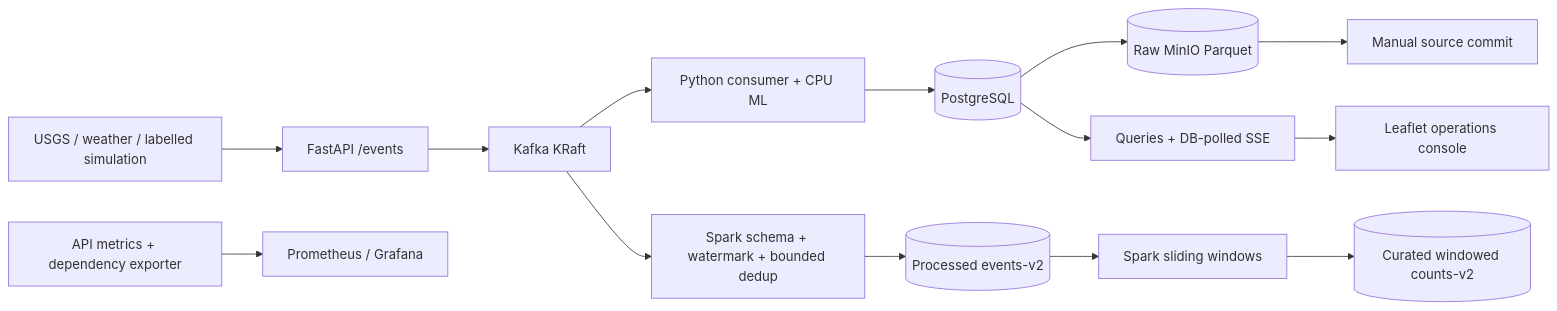
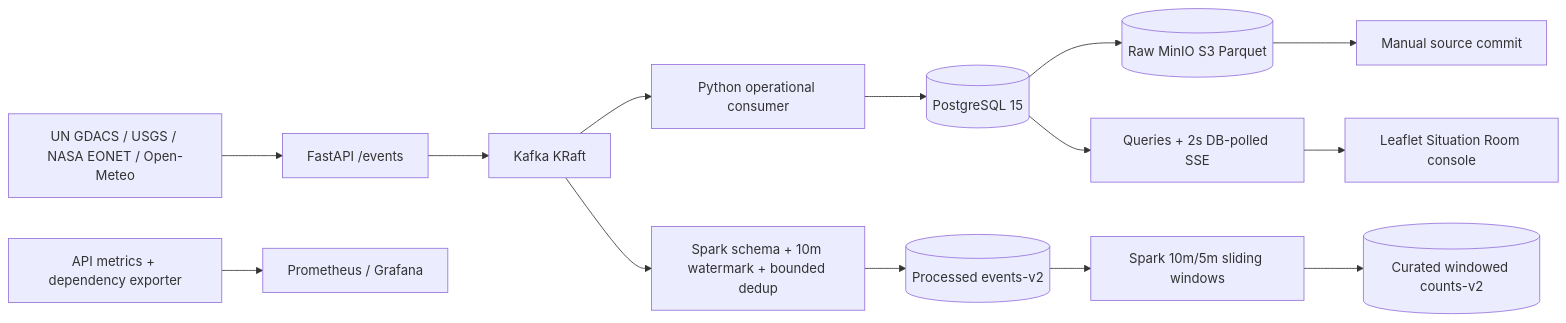
One commit to HANKHONS/Cataclysm changed the diagram in README.md. Above: the diagram before and after it, drawn with Mermaid. The commit also changed other lines of this file and 24 other files, not shown here.

````diff
--- a/README.md
+++ b/README.md
@@ -30,16 +24,16 @@
 ```mermaid
 flowchart LR
-  S[USGS / weather / labelled simulation] --> A[FastAPI /events]
+  S[UN GDACS / USGS / NASA EONET / Open-Meteo] --> A[FastAPI /events]
   A --> K[Kafka KRaft]
-  K --> C[Python consumer + CPU ML]
-  C --> D[(PostgreSQL)]
-  D --> R[(Raw MinIO Parquet)]
+  K --> C[Python operational consumer]
+  C --> D[(PostgreSQL 15)]
+  D --> R[(Raw MinIO S3 Parquet)]
   R --> O[Manual source commit]
-  K --> SP[Spark schema + watermark + bounded dedup]
+  K --> SP[Spark schema + 10m watermark + bounded dedup]
   SP --> P[(Processed events-v2)]
-  P --> W[Spark sliding windows]
+  P --> W[Spark 10m/5m sliding windows]
   W --> Q[(Curated windowed counts-v2)]
-  D --> API[Queries + DB-polled SSE]
-  API --> UI[Leaflet operations console]
+  D --> API[Queries + 2s DB-polled SSE]
+  API --> UI[Leaflet Situation Room console]
   E[API metrics + dependency exporter] --> PR[Prometheus / Grafana]
 ```
````
